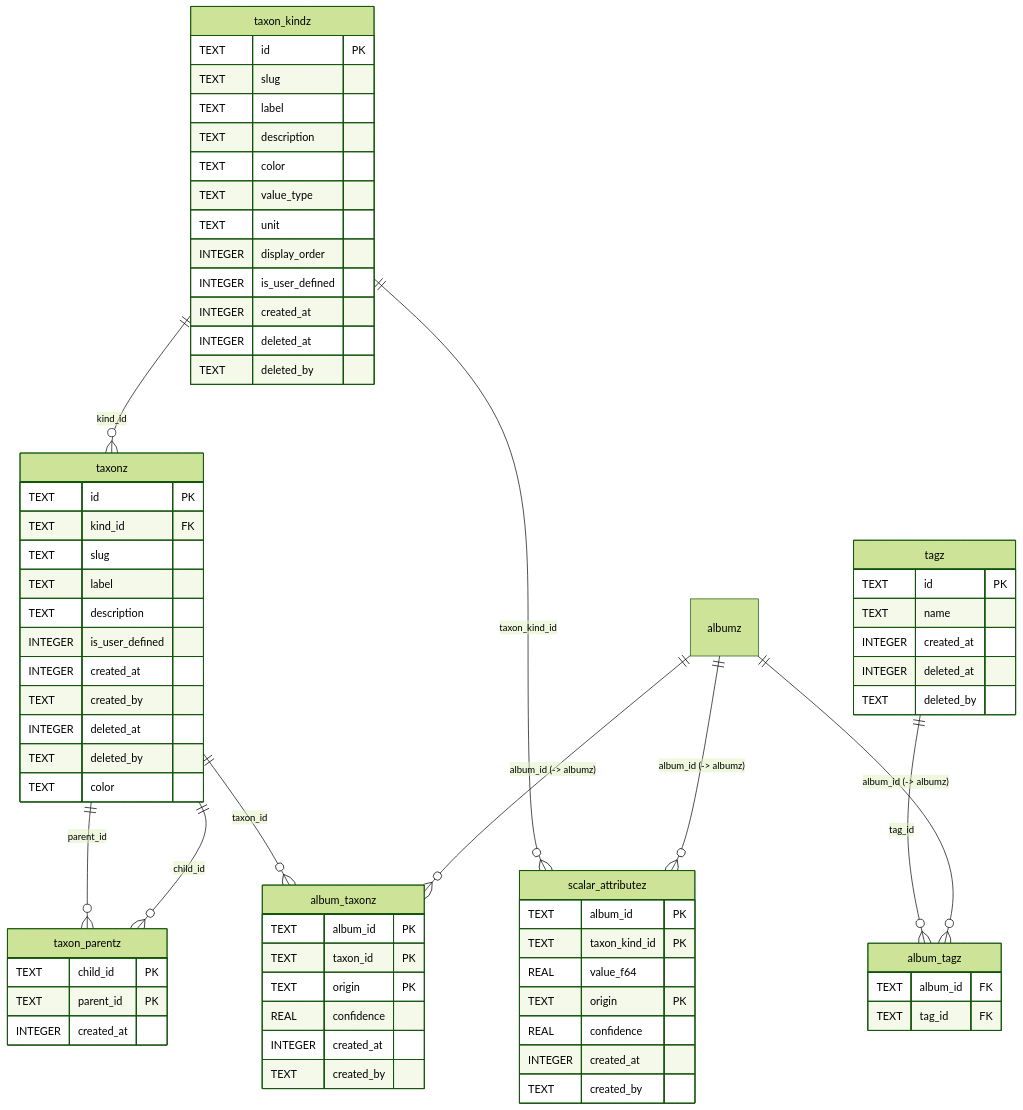
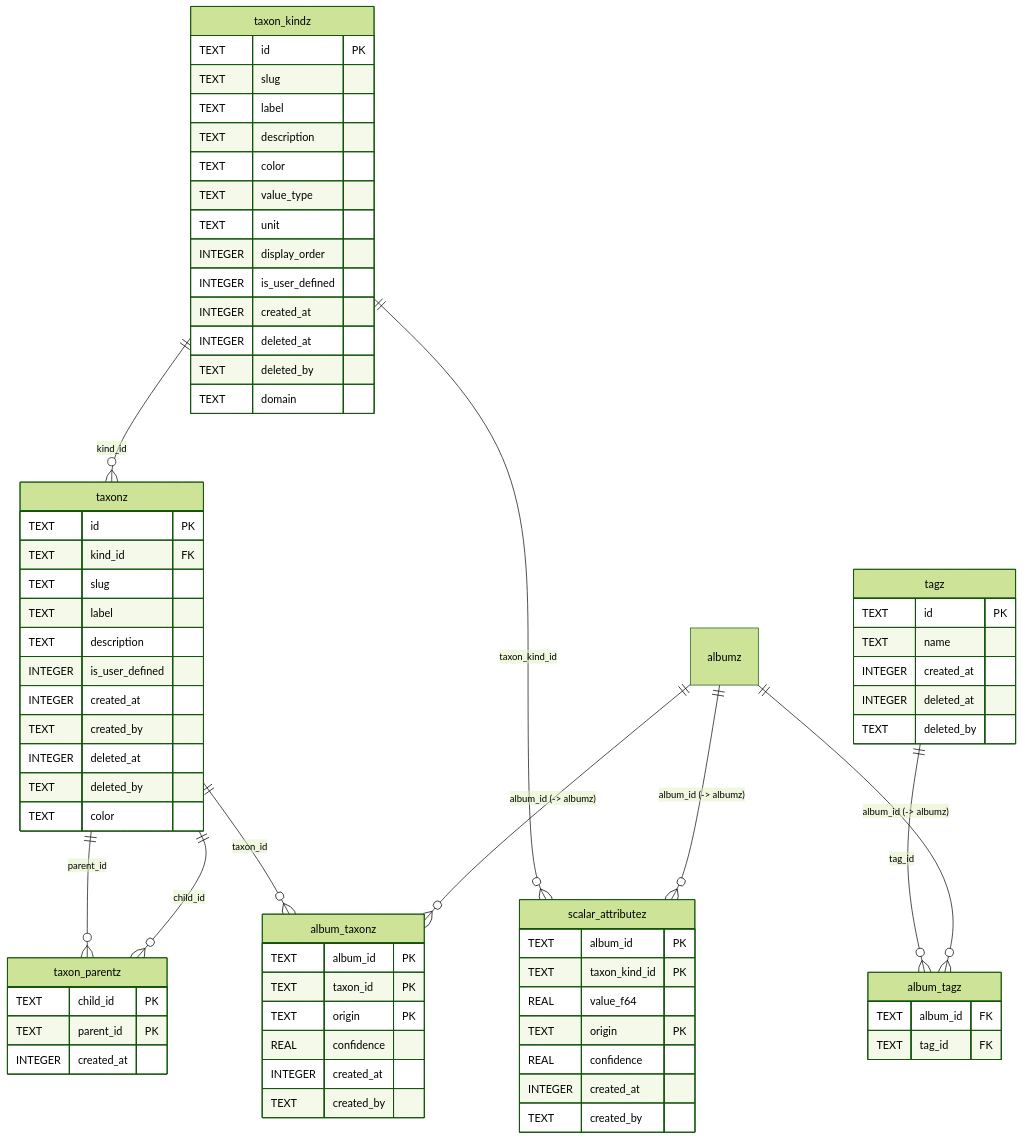
One commit to freqhole/tomb changed the second of 22 diagrams in freqhole.net/src/content/docs/concepts/database.mdx. Above: the diagram before and after it, drawn with Mermaid (forest theme). The commit also changed other lines of this file and 22 other files, not shown here.

````diff
--- a/freqhole.net/src/content/docs/concepts/database.mdx
+++ b/freqhole.net/src/content/docs/concepts/database.mdx
@@ -159,72 +163,73 @@
 ```mermaid
 erDiagram
   tagz {
     TEXT id PK
     TEXT name
     INTEGER created_at
     INTEGER deleted_at
     TEXT deleted_by
   }
   album_tagz {
     TEXT album_id FK
     TEXT tag_id FK
   }
   taxon_kindz {
     TEXT id PK
     TEXT slug
     TEXT label
     TEXT description
     TEXT color
     TEXT value_type
     TEXT unit
     INTEGER display_order
     INTEGER is_user_defined
     INTEGER created_at
     INTEGER deleted_at
     TEXT deleted_by
+    TEXT domain
   }
   taxonz {
     TEXT id PK
     TEXT kind_id FK
     TEXT slug
     TEXT label
     TEXT description
     INTEGER is_user_defined
     INTEGER created_at
     TEXT created_by
     INTEGER deleted_at
     TEXT deleted_by
     TEXT color
   }
   taxon_parentz {
     TEXT child_id PK
     TEXT parent_id PK
     INTEGER created_at
   }
   album_taxonz {
     TEXT album_id PK
     TEXT taxon_id PK
     TEXT origin PK
     REAL confidence
     INTEGER created_at
     TEXT created_by
   }
   scalar_attributez {
     TEXT album_id PK
     TEXT taxon_kind_id PK
     REAL value_f64
     TEXT origin PK
     REAL confidence
     INTEGER created_at
     TEXT created_by
   }
   tagz ||--o{ album_tagz : "tag_id"
   albumz ||--o{ album_tagz : "album_id (-> albumz)"
   taxon_kindz ||--o{ taxonz : "kind_id"
   taxonz ||--o{ taxon_parentz : "parent_id"
   taxonz ||--o{ taxon_parentz : "child_id"
   taxonz ||--o{ album_taxonz : "taxon_id"
   albumz ||--o{ album_taxonz : "album_id (-> albumz)"
   taxon_kindz ||--o{ scalar_attributez : "taxon_kind_id"
   albumz ||--o{ scalar_attributez : "album_id (-> albumz)"
 ```
````
